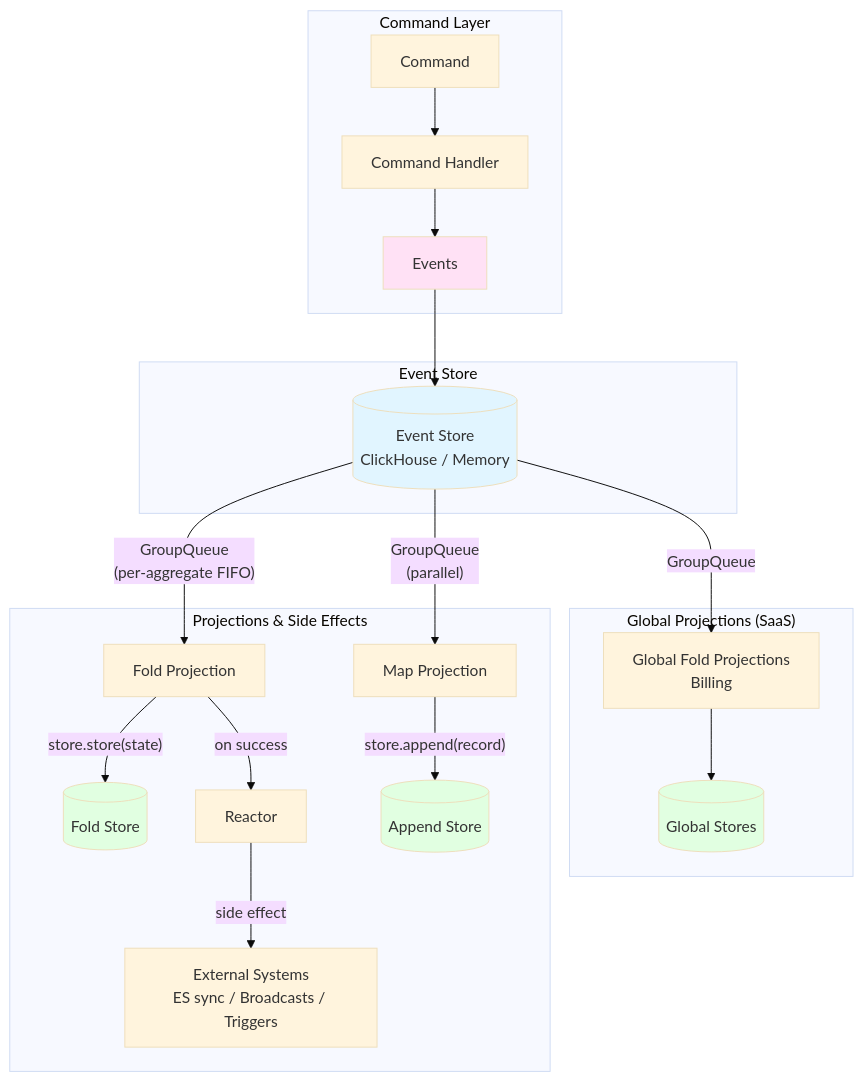
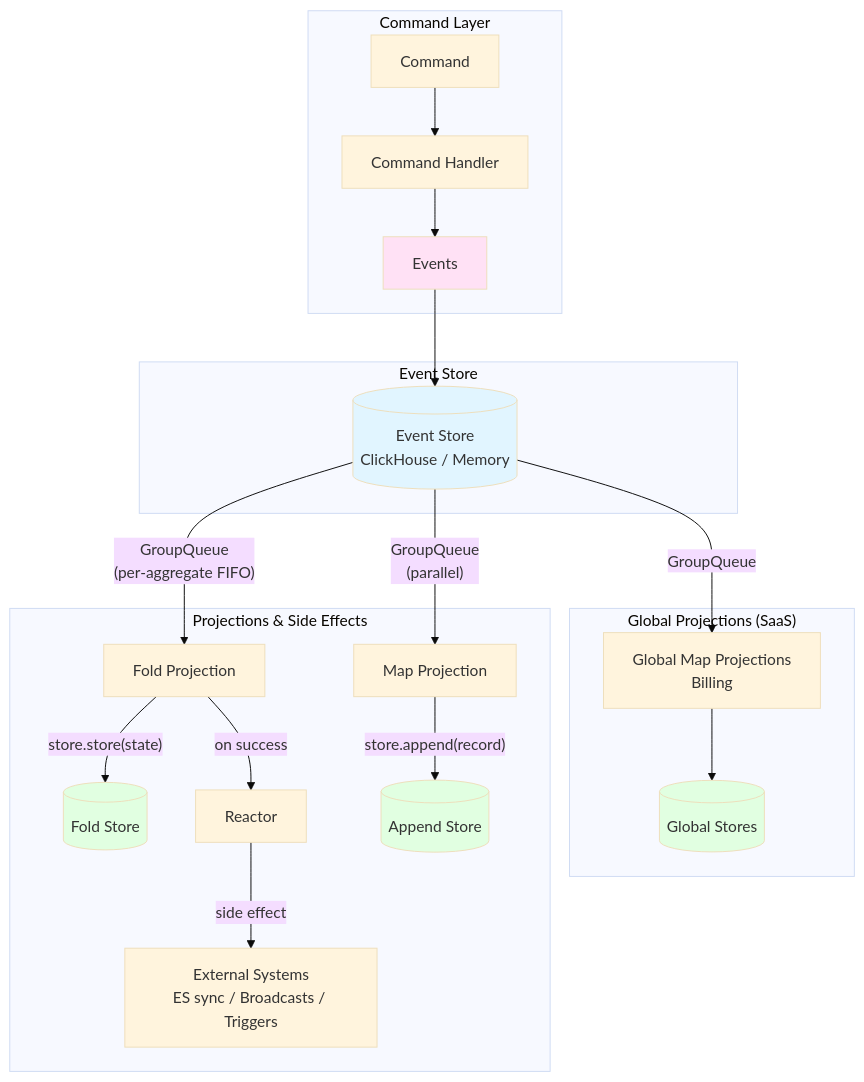
The diagram in langwatch/src/server/event-sourcing/ARCHITECTURE.md (langwatch/langwatch), drawn with Mermaid (base theme) before and after one commit. The commit also changed other lines of this file and 16 other files, not shown here.

````diff
--- a/langwatch/src/server/event-sourcing/ARCHITECTURE.md
+++ b/langwatch/src/server/event-sourcing/ARCHITECTURE.md
@@ -84,31 +84,31 @@
 ```mermaid
 graph TB
     subgraph "Command Layer"
         CMD[Command] --> CH[Command Handler]
         CH --> EVT[Events]
     end
 
     subgraph "Event Store"
         EVT --> ES[(Event Store<br/>ClickHouse / Memory)]
     end
 
     subgraph "Projections & Side Effects"
         ES --> |"GroupQueue<br/>(per-aggregate FIFO)"| FP[Fold Projection]
         ES --> |"GroupQueue<br/>(parallel)"| MP[Map Projection]
         FP --> |"store.store(state)"| FS[(Fold Store)]
         MP --> |"store.append(record)"| AS[(Append Store)]
         FP --> |"on success"| R[Reactor]
         R --> |"side effect"| EXT[External Systems<br/>ES sync / Broadcasts / Triggers]
     end
 
     subgraph "Global Projections (SaaS)"
-        ES --> |"GroupQueue"| GP[Global Fold Projections<br/>Billing]
+        ES --> |"GroupQueue"| GP[Global Map Projections<br/>Billing]
         GP --> GPS[(Global Stores)]
     end
 
     style ES fill:#e1f5ff
     style FS fill:#e1ffe1
     style AS fill:#e1ffe1
     style GPS fill:#e1ffe1
     style EVT fill:#ffe1f5
 ```
````
